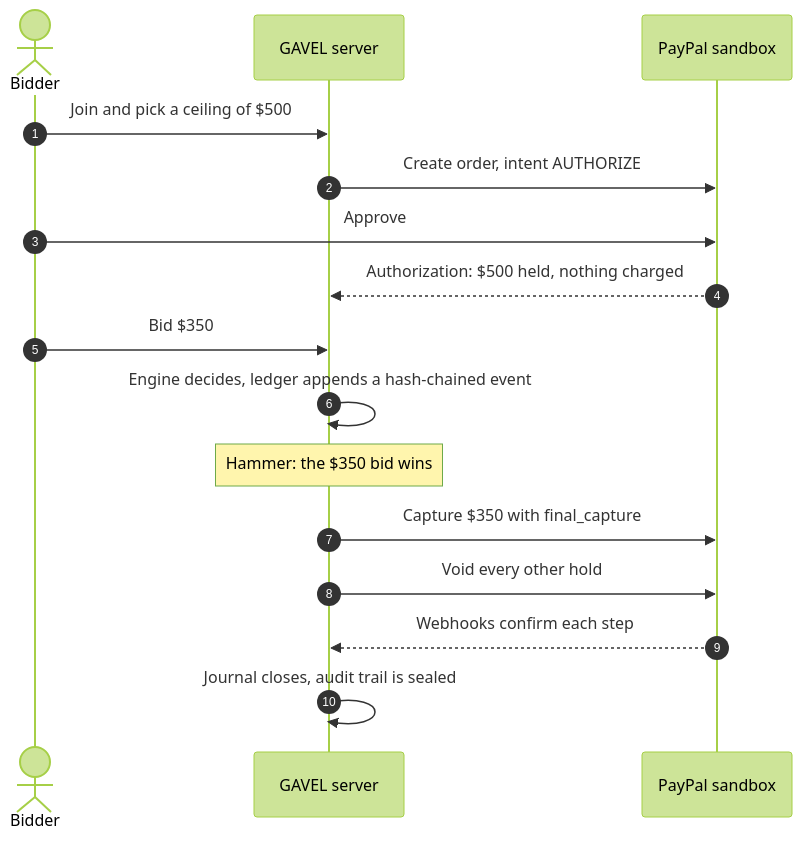
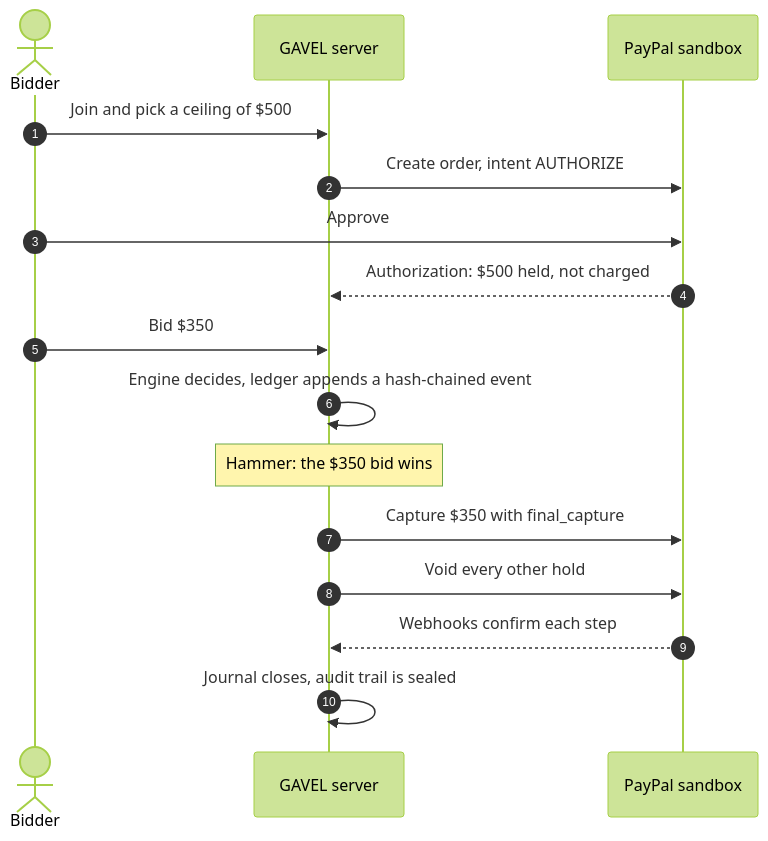
One commit to harshbhx/gavel-auction changed the first of 3 diagrams in README.md. Above: the diagram before and after it, drawn with Mermaid (forest theme). The commit also changed other lines of this file, not shown here.

````diff
--- a/README.md
+++ b/README.md
@@ -86,18 +86,18 @@
 ```mermaid
 sequenceDiagram
   autonumber
   actor B as Bidder
   participant G as GAVEL server
   participant P as PayPal sandbox
   B->>G: Join and pick a ceiling of $500
   G->>P: Create order, intent AUTHORIZE
   B->>P: Approve
-  P-->>G: Authorization: $500 held, nothing charged
+  P-->>G: Authorization: $500 held, not charged
   B->>G: Bid $350
   G->>G: Engine decides, ledger appends a hash-chained event
   Note over G: Hammer: the $350 bid wins
   G->>P: Capture $350 with final_capture
   G->>P: Void every other hold
   P-->>G: Webhooks confirm each step
   G->>G: Journal closes, audit trail is sealed
 ```
````
